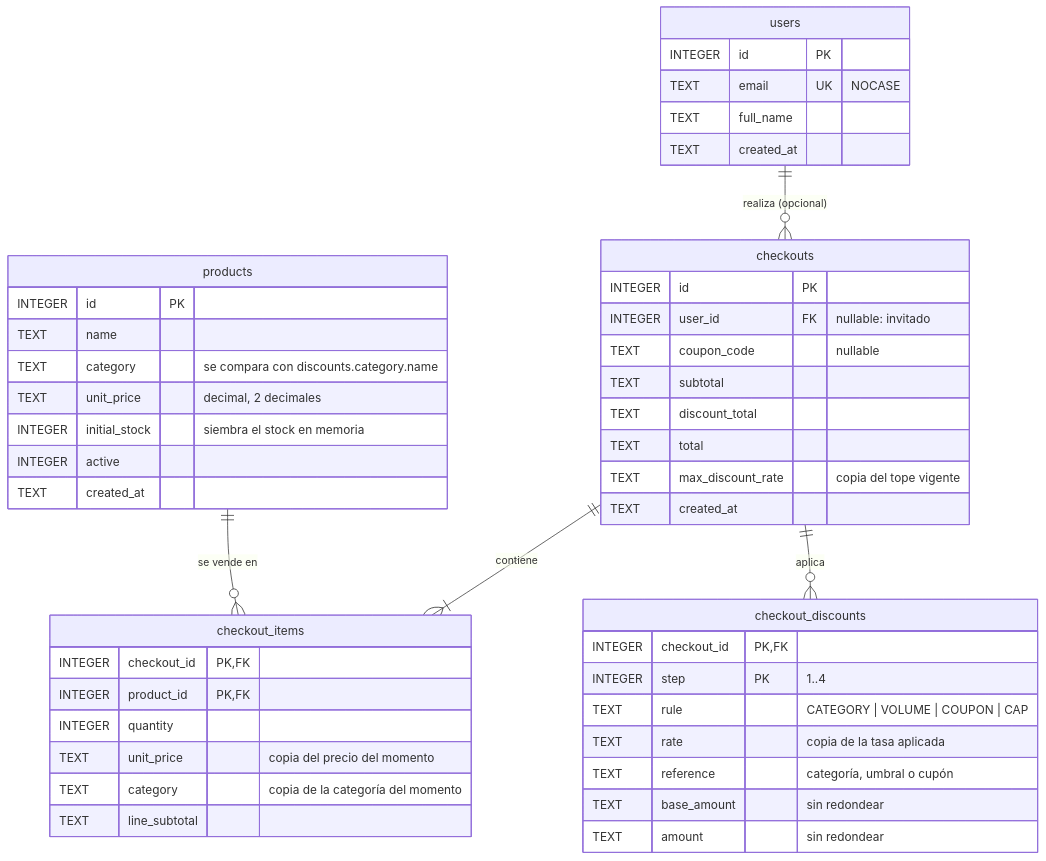
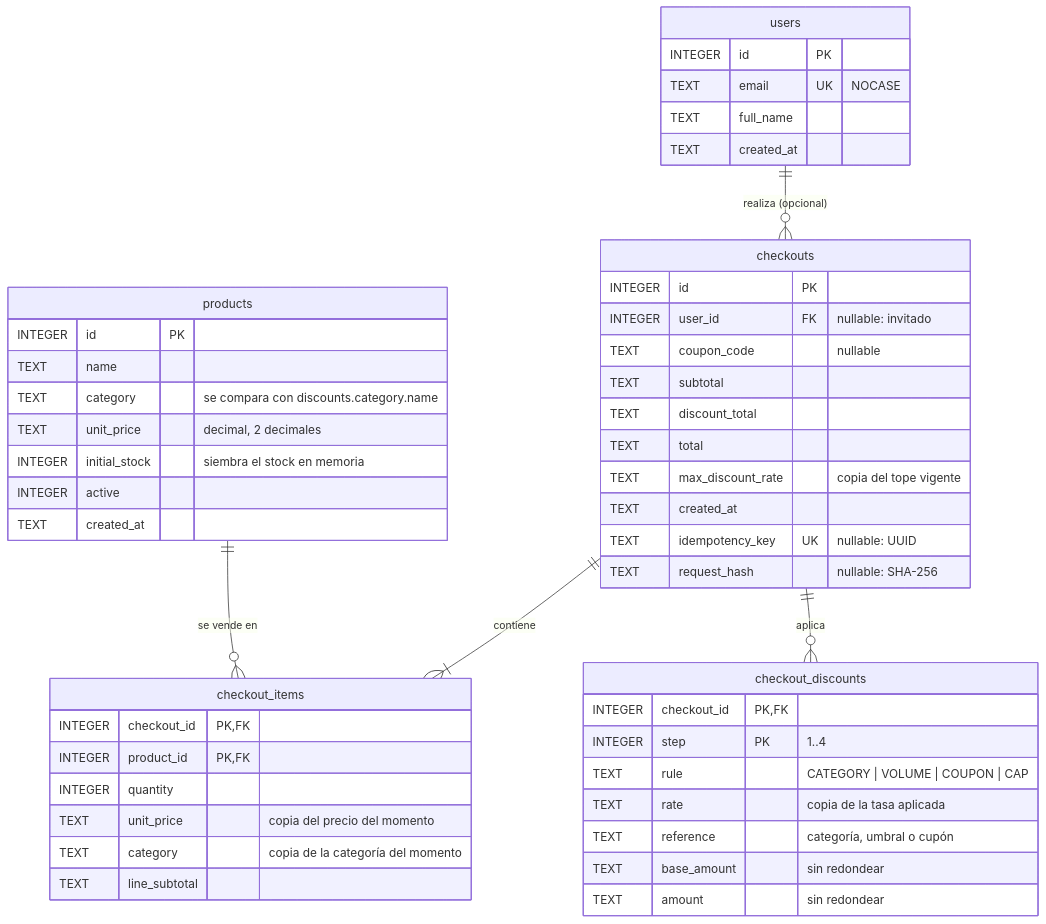
One commit to dado1996/examen-ecommerce changed the diagram in packages/schema/README.md. Above: the diagram before and after it, drawn with Mermaid. The commit also changed other lines of this file and 2 other files, not shown here.

First line of the commit message:
feat(schema): clave de idempotencia y huella del pedido en checkouts

````diff
--- a/packages/schema/README.md
+++ b/packages/schema/README.md
@@ -19,50 +19,52 @@
 ```mermaid
 erDiagram
     users ||--o{ checkouts : "realiza (opcional)"
     checkouts ||--|{ checkout_items : contiene
     products ||--o{ checkout_items : "se vende en"
     checkouts ||--o{ checkout_discounts : "aplica"
 
     users {
         INTEGER id PK
         TEXT email UK "NOCASE"
         TEXT full_name
         TEXT created_at
     }
     products {
         INTEGER id PK
         TEXT name
         TEXT category "se compara con discounts.category.name"
         TEXT unit_price "decimal, 2 decimales"
         INTEGER initial_stock "siembra el stock en memoria"
         INTEGER active
         TEXT created_at
     }
     checkouts {
         INTEGER id PK
         INTEGER user_id FK "nullable: invitado"
         TEXT coupon_code "nullable"
         TEXT subtotal
         TEXT discount_total
         TEXT total
         TEXT max_discount_rate "copia del tope vigente"
         TEXT created_at
+        TEXT idempotency_key UK "nullable: UUID"
+        TEXT request_hash "nullable: SHA-256"
     }
     checkout_items {
         INTEGER checkout_id PK,FK
         INTEGER product_id PK,FK
         INTEGER quantity
         TEXT unit_price "copia del precio del momento"
         TEXT category "copia de la categoría del momento"
         TEXT line_subtotal
     }
     checkout_discounts {
         INTEGER checkout_id PK,FK
         INTEGER step PK "1..4"
         TEXT rule "CATEGORY | VOLUME | COUPON | CAP"
         TEXT rate "copia de la tasa aplicada"
         TEXT reference "categoría, umbral o cupón"
         TEXT base_amount "sin redondear"
         TEXT amount "sin redondear"
     }
 ```
````
